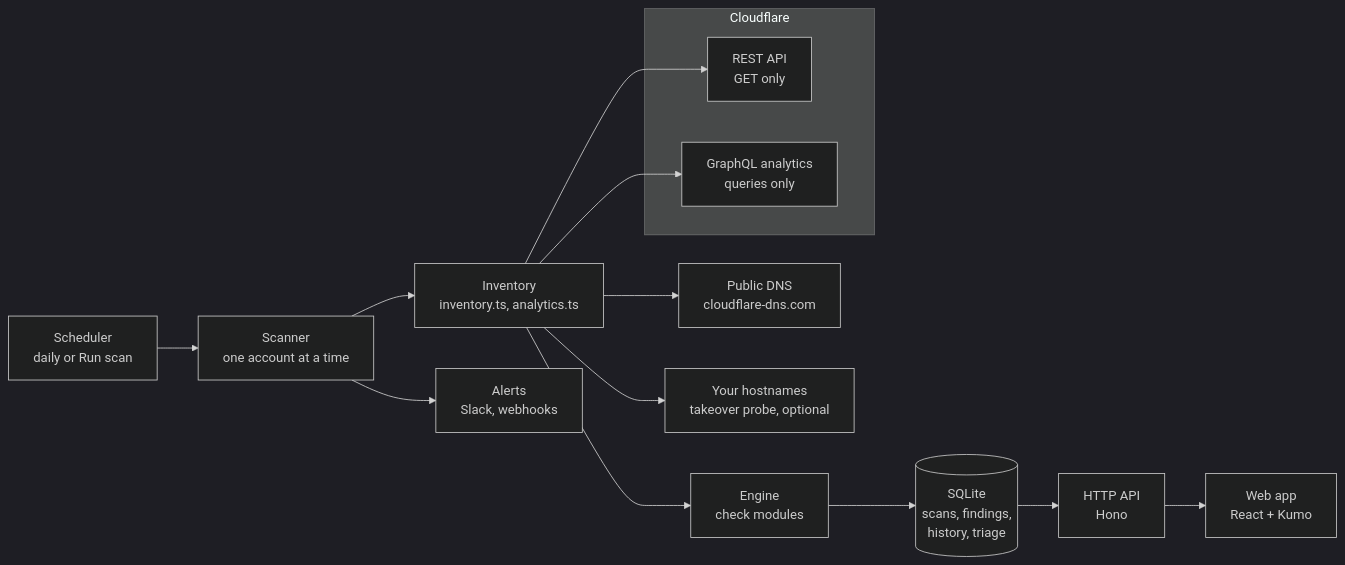
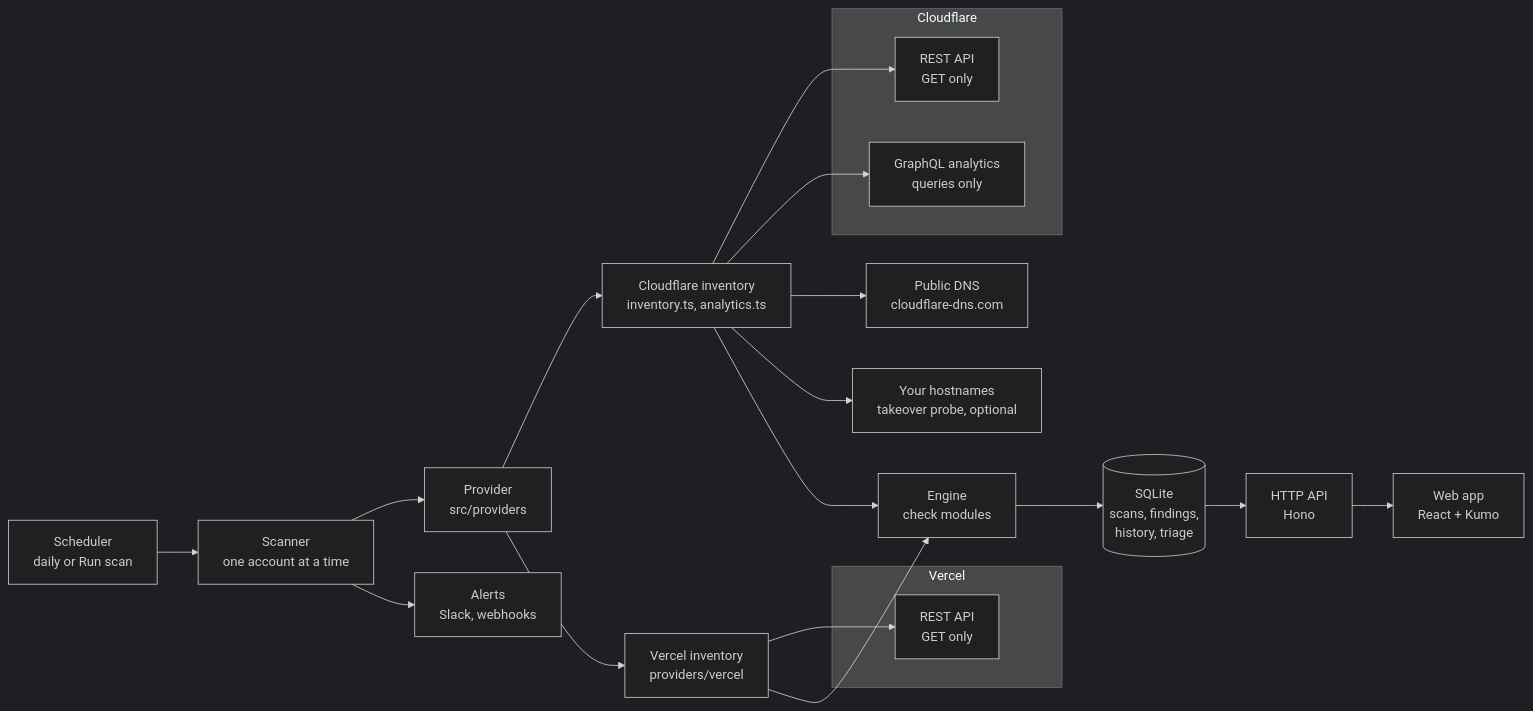
Before and after one commit to r4reetik/edgewatch: the diagram in docs/architecture.md, drawn with Mermaid (dark theme). The commit also changed other lines of this file and 88 other files, not shown here.

Commit message:
Add Vercel support next to Cloudflare, and cut releases from the maintainer's machine with npm run release

````diff
--- a/docs/architecture.md
+++ b/docs/architecture.md
@@ -3,18 +3,24 @@
 ```mermaid
 flowchart LR
   subgraph Cloudflare
     REST[REST API<br/>GET only]
     GQL[GraphQL analytics<br/>queries only]
   end
+  subgraph Vercel
+    VREST[REST API<br/>GET only]
+  end
   DOH[Public DNS<br/>cloudflare-dns.com]
   HOSTS[Your hostnames<br/>takeover probe, optional]
 
   SCH[Scheduler<br/>daily or Run scan] --> SC[Scanner<br/>one account at a time]
-  SC --> INV[Inventory<br/>inventory.ts, analytics.ts]
+  SC --> PROV[Provider<br/>src/providers]
+  PROV --> INV[Cloudflare inventory<br/>inventory.ts, analytics.ts]
+  PROV --> VINV[Vercel inventory<br/>providers/vercel]
   INV --> REST & GQL & DOH & HOSTS
-  INV --> ENG[Engine<br/>check modules]
+  VINV --> VREST
+  INV & VINV --> ENG[Engine<br/>check modules]
   ENG --> DB[(SQLite<br/>scans, findings,<br/>history, triage)]
   DB --> API[HTTP API<br/>Hono]
   API --> WEB[Web app<br/>React + Kumo]
   SC --> NOTIFY[Alerts<br/>Slack, webhooks]
 ```
````
